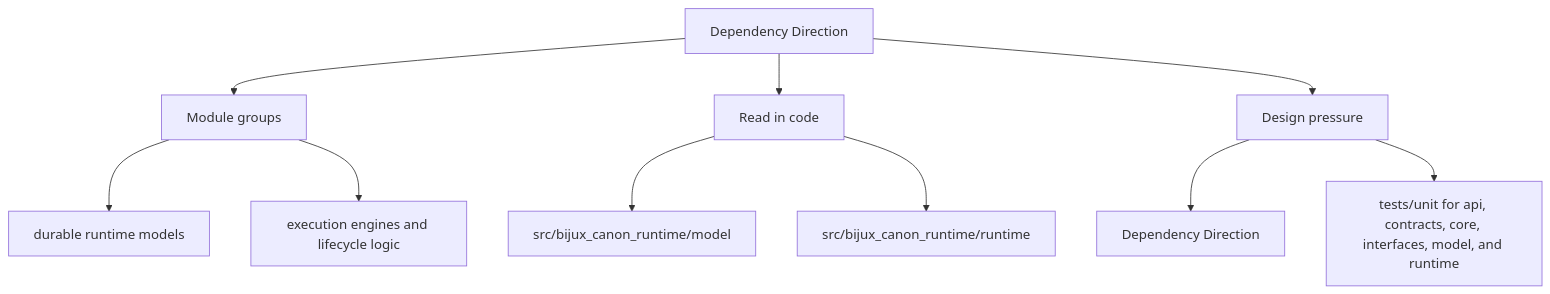
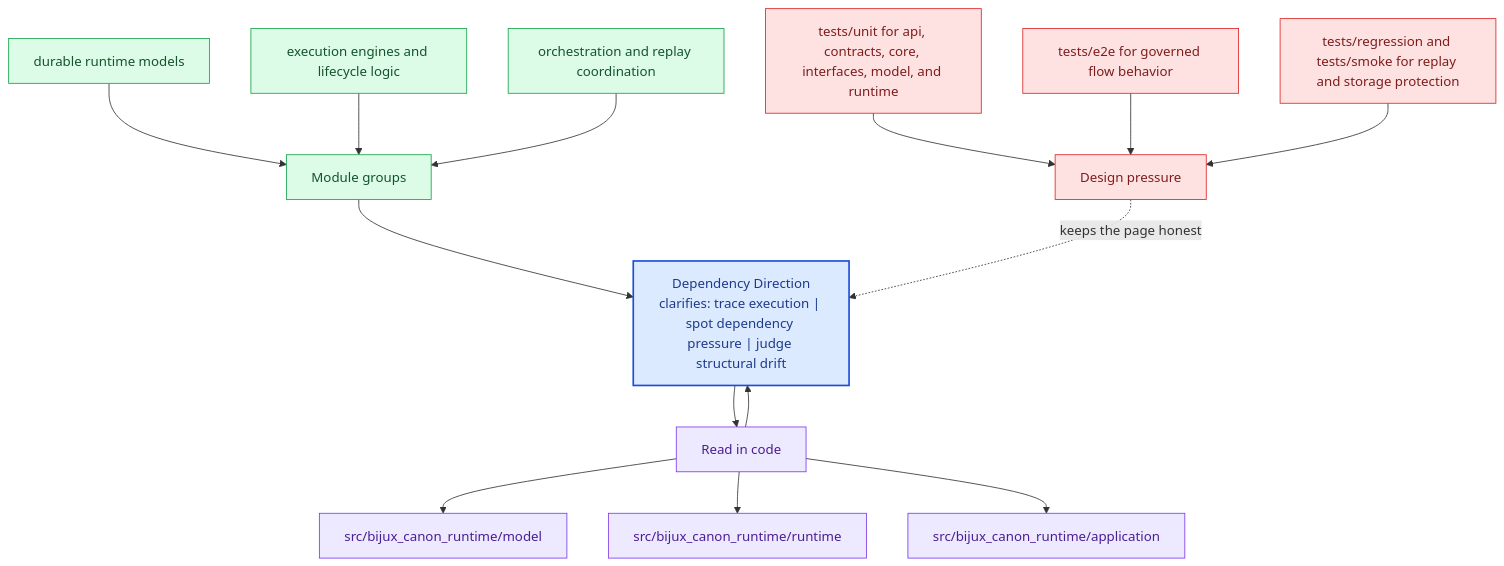
Before and after one commit to bijux/bijux-canon: the second of 2 diagrams in docs/bijux-canon-runtime/architecture/dependency-direction.md, drawn with Mermaid. The commit also changed other lines of this file and 281 other files, not shown here.

Commit message:
docs(diagrams): deepen handbook mermaid maps across the catalog

````diff
--- a/docs/bijux-canon-runtime/architecture/dependency-direction.md
+++ b/docs/bijux-canon-runtime/architecture/dependency-direction.md
@@ -35,22 +68,40 @@
 ```mermaid
-flowchart TD
-    page["Dependency Direction"]
+flowchart TB
+    promise["Dependency Direction<br/>clarifies: trace execution | spot dependency pressure | judge structural drift"]
+    classDef promise fill:#dbeafe,stroke:#1d4ed8,color:#1e3a8a,stroke-width:2px;
+    classDef driver fill:#dcfce7,stroke:#16a34a,color:#14532d;
+    classDef constraint fill:#fee2e2,stroke:#dc2626,color:#7f1d1d;
+    classDef ground fill:#ede9fe,stroke:#7c3aed,color:#4c1d95;
     focus1["Module groups"]
-    page --> focus1
+    focus1 --> promise
     focus1_1["durable runtime models"]
-    focus1 --> focus1_1
+    focus1_1 --> focus1
     focus1_2["execution engines and lifecycle logic"]
-    focus1 --> focus1_2
+    focus1_2 --> focus1
+    focus1_3["orchestration and replay coordination"]
+    focus1_3 --> focus1
+    class focus1 driver;
+    class focus1_1,focus1_2,focus1_3 driver;
     focus2["Read in code"]
-    page --> focus2
+    focus2 --> promise
+    promise --> focus2
     focus2_1["src/bijux_canon_runtime/model"]
     focus2 --> focus2_1
     focus2_2["src/bijux_canon_runtime/runtime"]
     focus2 --> focus2_2
+    focus2_3["src/bijux_canon_runtime/application"]
+    focus2 --> focus2_3
+    class focus2 ground;
+    class focus2_1,focus2_2,focus2_3 ground;
     focus3["Design pressure"]
-    page --> focus3
-    focus3_1["Dependency Direction"]
-    focus3 --> focus3_1
-    focus3_2["tests/unit for api, contracts, core, interfaces, model, and runtime"]
-    focus3 --> focus3_2
+    focus3 -.keeps the page honest.-> promise
+    focus3_1["tests/unit for api, contracts, core, interfaces, model, and runtime"]
+    focus3_1 --> focus3
+    focus3_2["tests/e2e for governed flow behavior"]
+    focus3_2 --> focus3
+    focus3_3["tests/regression and tests/smoke for replay and storage protection"]
+    focus3_3 --> focus3
+    class focus3 constraint;
+    class focus3_1,focus3_2,focus3_3 constraint;
+    class promise promise;
 ```
````
